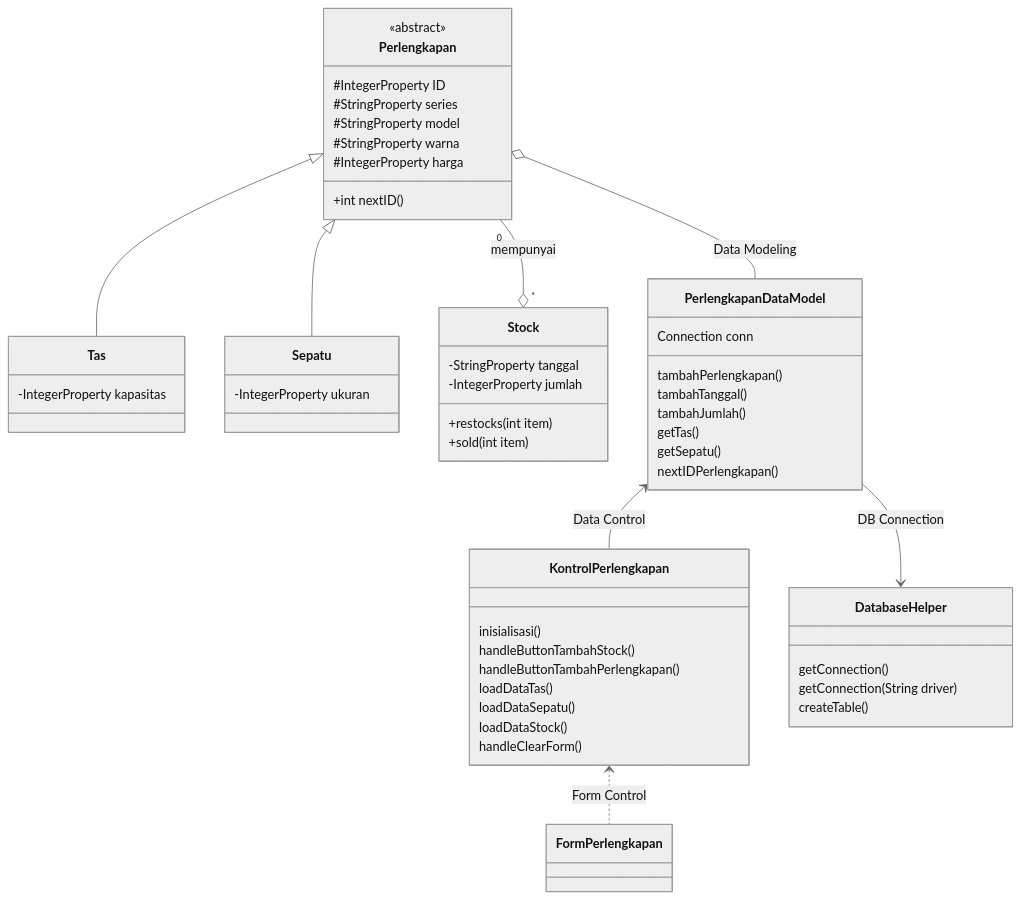
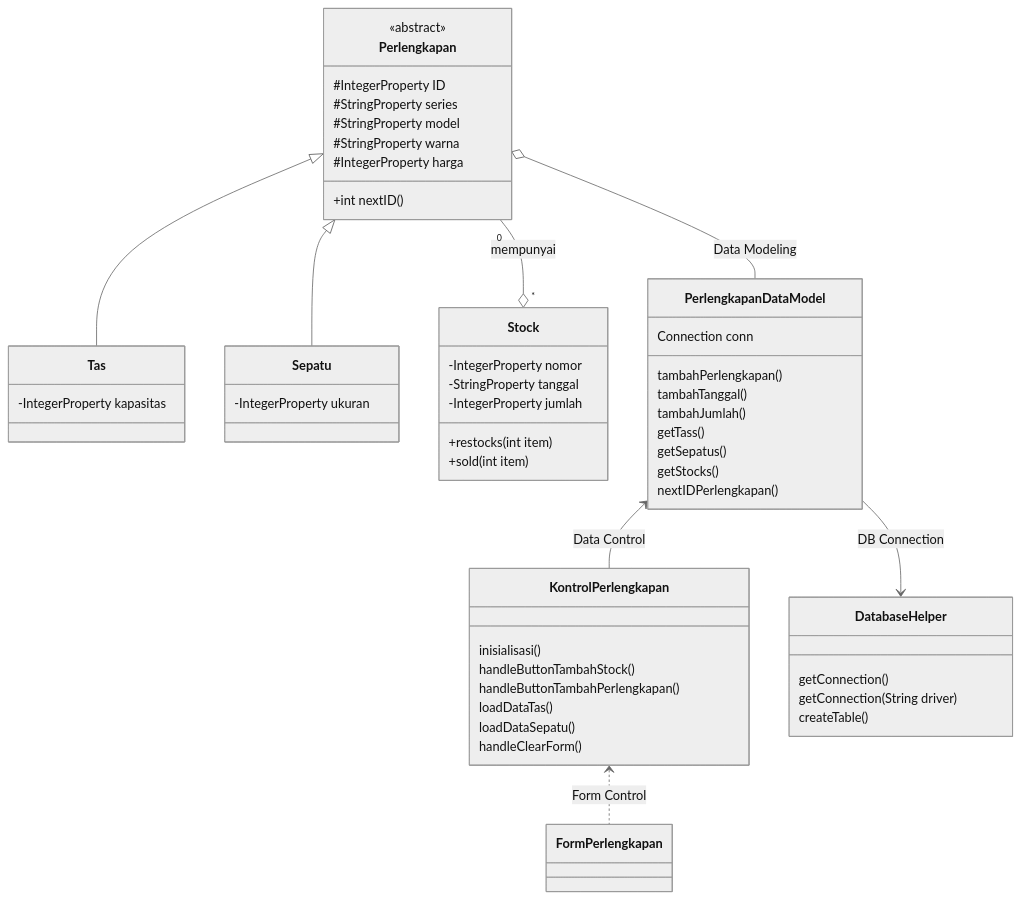
Before and after one commit to achieto/Tugas-PBO: the third of 3 diagrams in README.md, drawn with Mermaid (neutral theme). The commit also changed other lines of this file, not shown here.

````diff
--- a/README.md
+++ b/README.md
@@ -44,58 +45,59 @@
 ```mermaid
 classDiagram
       Perlengkapan <|-- Tas
       Perlengkapan <|-- Sepatu
       Perlengkapan "0"--o"*" Stock : mempunyai
       Perlengkapan o-- PerlengkapanDataModel : Data Modeling
       PerlengkapanDataModel <-- KontrolPerlengkapan : Data Control
       PerlengkapanDataModel --> DatabaseHelper : DB Connection
       KontrolPerlengkapan <.. FormPerlengkapan : Form Control
 
       class Perlengkapan{
         <<abstract>>
         #IntegerProperty ID
         #StringProperty series
         #StringProperty model
         #StringProperty warna
         #IntegerProperty harga
         +int nextID()
       }
       
       class Tas{
         -IntegerProperty kapasitas
       }
       class Sepatu{
         -IntegerProperty ukuran
       }
       class Stock{
+        -IntegerProperty nomor
         -StringProperty tanggal
         -IntegerProperty jumlah
         +restocks(int item)
         +sold(int item)
       }
       class PerlengkapanDataModel{
         Connection conn
         tambahPerlengkapan()
         tambahTanggal()
         tambahJumlah()
-        getTas()
-        getSepatu()
+        getTass()
+        getSepatus()
+        getStocks()
         nextIDPerlengkapan()
       }
       class KontrolPerlengkapan{
         inisialisasi()
         handleButtonTambahStock()
         handleButtonTambahPerlengkapan()
         loadDataTas()
         loadDataSepatu()
-        loadDataStock()
         handleClearForm()
       }
       class DatabaseHelper{
         getConnection()
         getConnection(String driver)
         createTable()
       }
       class FormPerlengkapan{
       }
 ```
````
